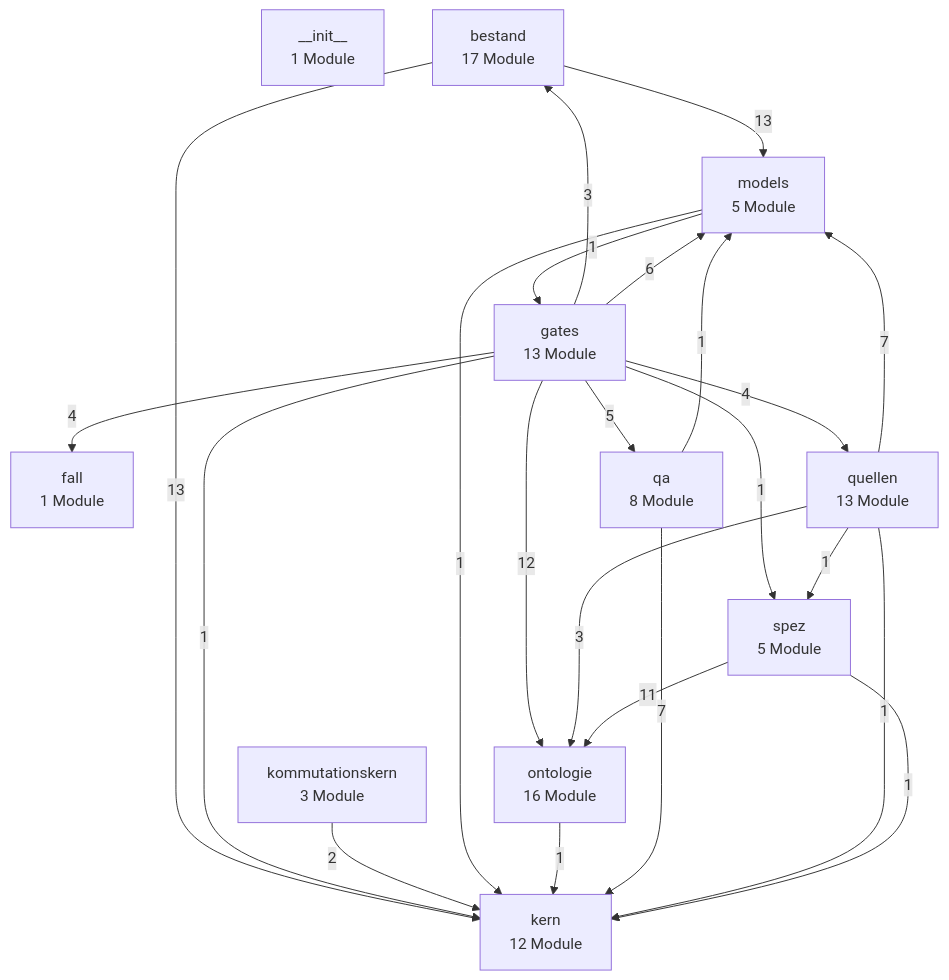
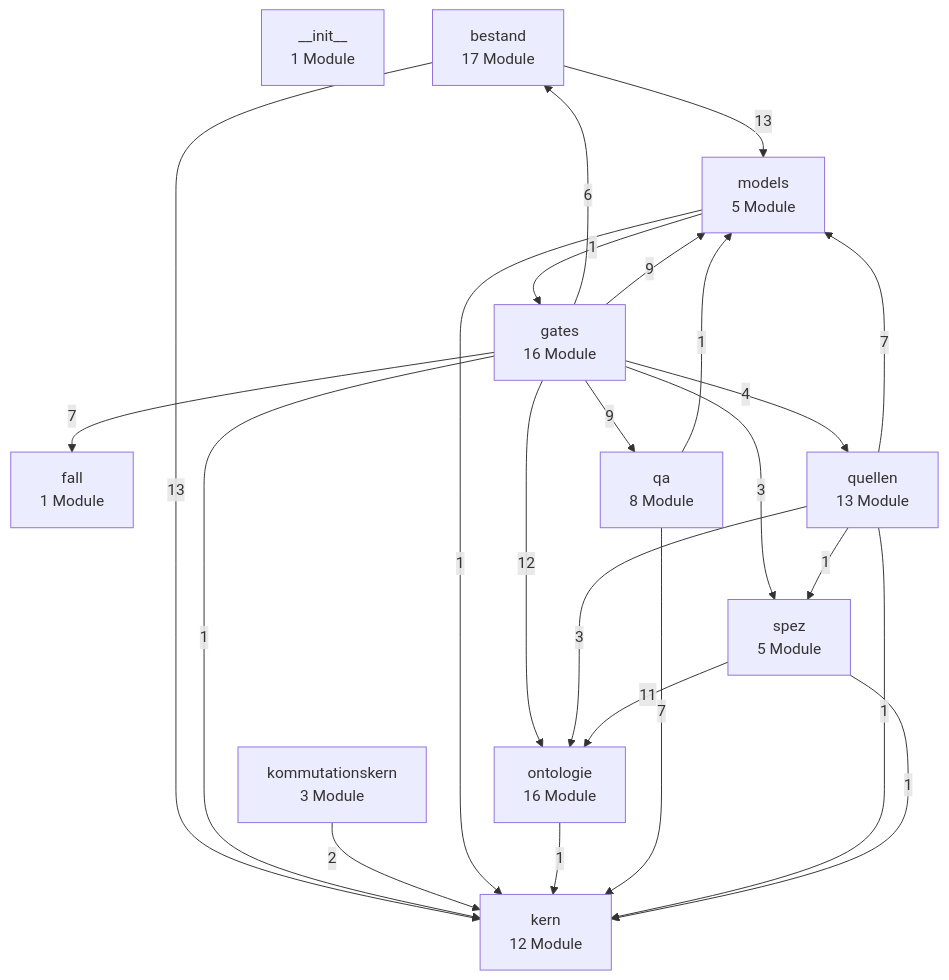
Before and after one commit to bartlmac/rechner-pipeline: the first of 3 diagrams in docs/architektur/landkarte.md, drawn with Mermaid. The commit also changed other lines of this file and 2 other files, not shown here.

First paragraph of the commit message:
feat(gates): Kommando fuer die Bestandsuebernahme
Zweites der vier Kommandos. Aus den transformierten Lieferzeilen baut es
Stamm, Historie und Ledger des Zielsystems. Produzent, kein Gate:
geprueft wird sein Erzeugnis durch P-B1, und das nimmt es an (Exit 0).

````diff
--- a/docs/architektur/landkarte.md
+++ b/docs/architektur/landkarte.md
@@ -27,37 +27,37 @@
 ```mermaid
 %% Schichten — erzeugt von ontologie.landkarte
 flowchart TD
     n__init__["__init__<br/>1 Module"]
     bestand["bestand<br/>17 Module"]
     fall["fall<br/>1 Module"]
-    gates["gates<br/>13 Module"]
+    gates["gates<br/>16 Module"]
     kern["kern<br/>12 Module"]
     kommutationskern["kommutationskern<br/>3 Module"]
     models["models<br/>5 Module"]
     ontologie["ontologie<br/>16 Module"]
     qa["qa<br/>8 Module"]
     quellen["quellen<br/>13 Module"]
     spez["spez<br/>5 Module"]
     bestand -- 13 --> kern
     bestand -- 13 --> models
-    gates -- 3 --> bestand
-    gates -- 4 --> fall
+    gates -- 6 --> bestand
+    gates -- 7 --> fall
     gates -- 1 --> kern
-    gates -- 6 --> models
+    gates -- 9 --> models
     gates -- 12 --> ontologie
-    gates -- 5 --> qa
+    gates -- 9 --> qa
     gates -- 4 --> quellen
-    gates -- 1 --> spez
+    gates -- 3 --> spez
     kommutationskern -- 2 --> kern
     models -- 1 --> gates
     models -- 1 --> kern
     ontologie -- 1 --> kern
     qa -- 7 --> kern
     qa -- 1 --> models
     quellen -- 1 --> kern
     quellen -- 7 --> models
     quellen -- 3 --> ontologie
     quellen -- 1 --> spez
     spez -- 1 --> kern
     spez -- 11 --> ontologie
 ```
````
